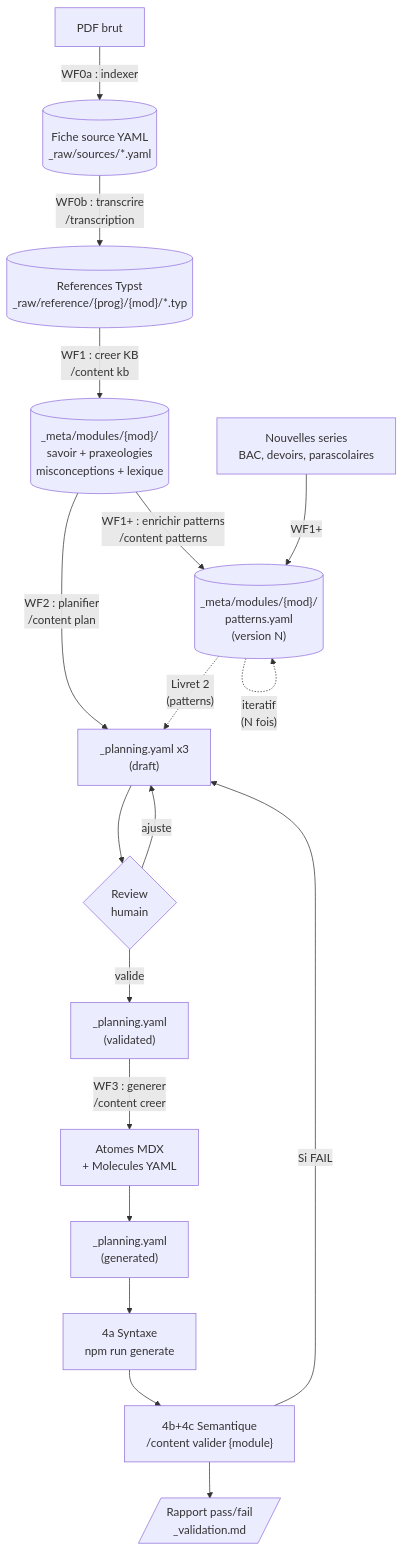
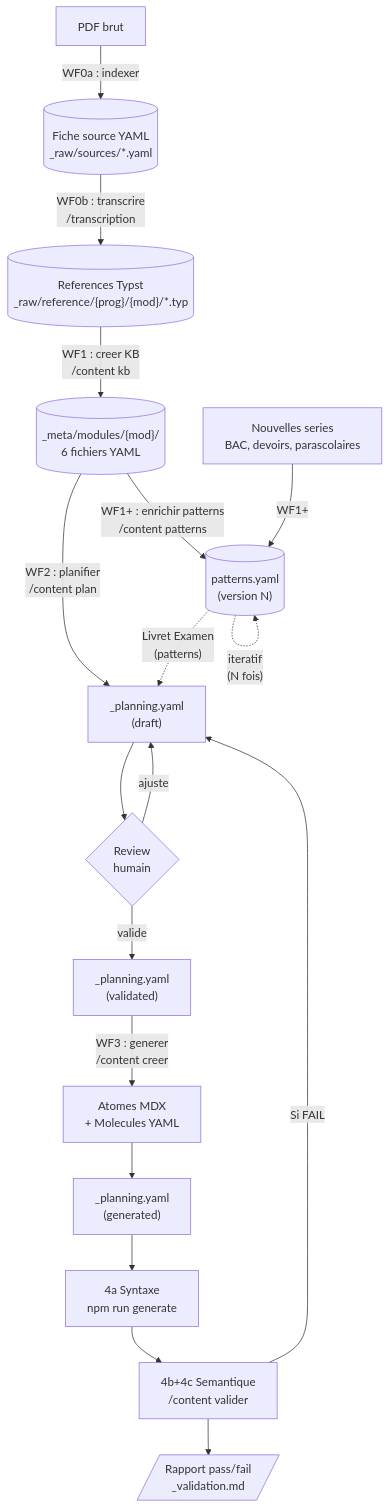
One commit to bilalYezzaGit/learning-web changed the first of 8 diagrams in docs/content-agentic-workflow.md. Above: the diagram before and after it, drawn with Mermaid. The commit also changed other lines of this file, not shown here.

First line of the commit message:
Reecrire content-agentic-workflow.md : documentation complete du systeme

````diff
--- a/docs/content-agentic-workflow.md
+++ b/docs/content-agentic-workflow.md
@@ -54,20 +90,20 @@
 ```mermaid
 flowchart TD
     PDF["PDF brut"] -->|"WF0a : indexer"| Fiche[("Fiche source YAML\n_raw/sources/*.yaml")]
     Fiche -->|"WF0b : transcrire\n/transcription"| Typst[("References Typst\n_raw/reference/{prog}/{mod}/*.typ")]
-    Typst -->|"WF1 : creer KB\n/content kb"| KB[("_meta/modules/{mod}/\nsavoir + praxeologies\nmisconceptions + lexique")]
-    KB -->|"WF1+ : enrichir patterns\n/content patterns"| Patterns[("_meta/modules/{mod}/\npatterns.yaml\n(version N)")]
+    Typst -->|"WF1 : creer KB\n/content kb"| Meta[("_meta/modules/{mod}/\n6 fichiers YAML")]
+    Meta -->|"WF1+ : enrichir patterns\n/content patterns"| Patterns[("patterns.yaml\n(version N)")]
     Series["Nouvelles series\nBAC, devoirs, parascolaires"] -->|"WF1+"| Patterns
     Patterns -.->|"iteratif\n(N fois)"| Patterns
-    KB -->|"WF2 : planifier\n/content plan"| Plan["_planning.yaml x3\n(draft)"]
-    Patterns -.->|"Livret 2\n(patterns)"| Plan
+    Meta -->|"WF2 : planifier\n/content plan"| Plan["_planning.yaml\n(draft)"]
+    Patterns -.->|"Livret Examen\n(patterns)"| Plan
     Plan --> Review{"Review\nhumain"}
     Review -->|"ajuste"| Plan
     Review -->|"valide"| PlanV["_planning.yaml\n(validated)"]
     PlanV -->|"WF3 : generer\n/content creer"| Contenu["Atomes MDX\n+ Molecules YAML"]
     Contenu --> PlanG["_planning.yaml\n(generated)"]
     PlanG --> V4a["4a Syntaxe\nnpm run generate"]
-    V4a --> V4bc["4b+4c Semantique\n/content valider {module}"]
+    V4a --> V4bc["4b+4c Semantique\n/content valider"]
     V4bc --> Rapport[/"Rapport pass/fail\n_validation.md"/]
     V4bc -->|"Si FAIL"| Plan
 ```
````
